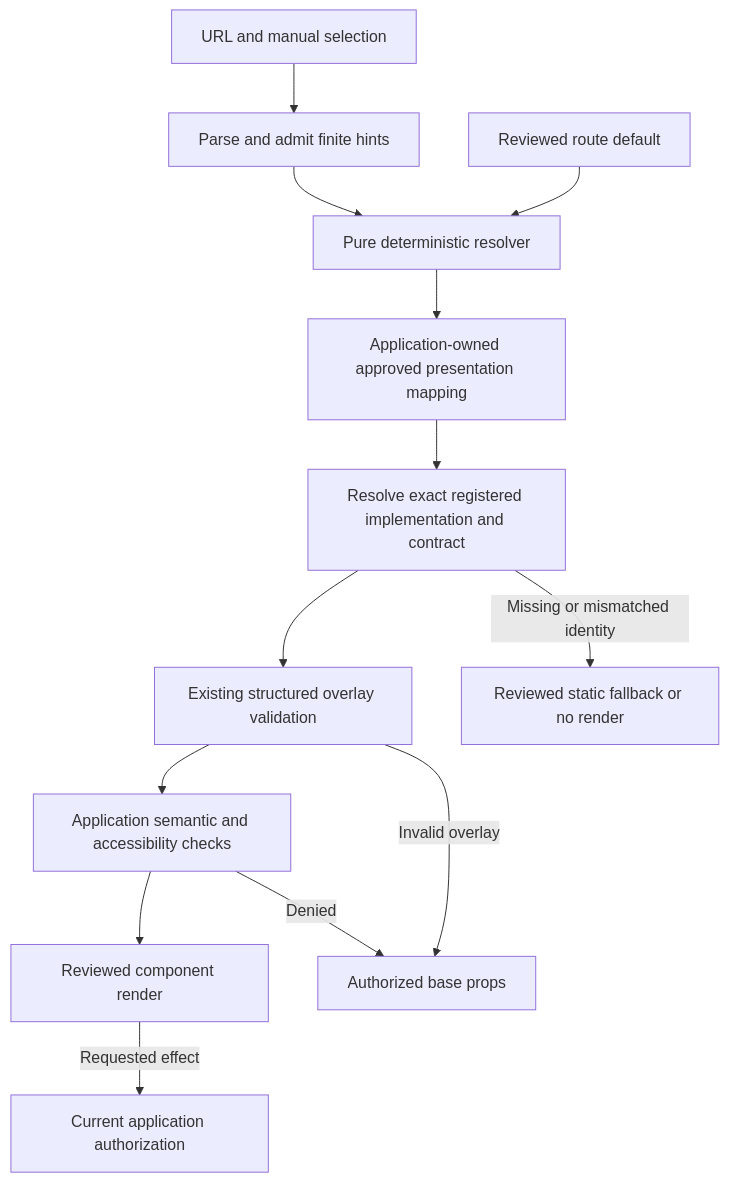
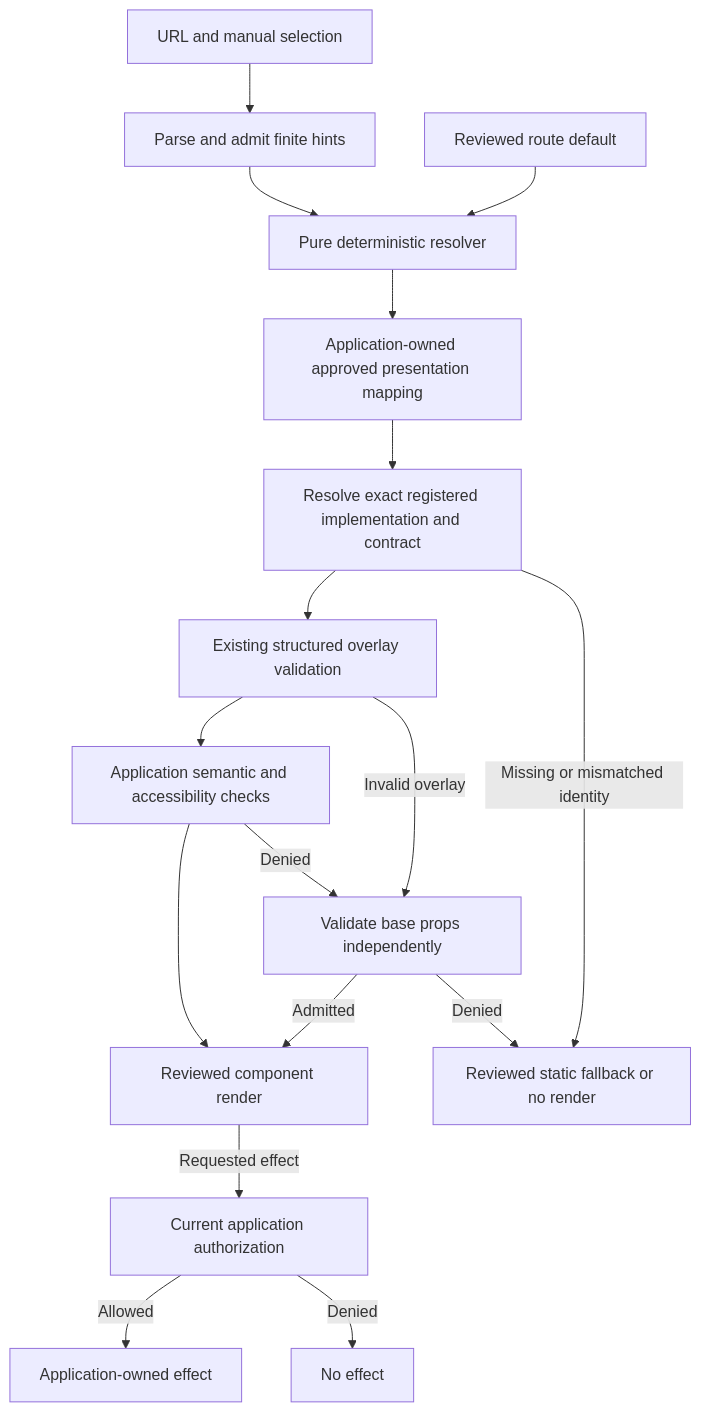
The diagram in docs/components/personalized-components-demo.md (hackelia-micrantha/amaryllis), drawn with Mermaid before and after one commit. The commit also changed other lines of this file, not shown here.

````diff
--- a/docs/components/personalized-components-demo.md
+++ b/docs/components/personalized-components-demo.md
@@ -47,15 +54,19 @@
 ```mermaid
 flowchart TD
   A[URL and manual selection] --> B[Parse and admit finite hints]
   C[Reviewed route default] --> D[Pure deterministic resolver]
   B --> D
   D --> E[Application-owned approved presentation mapping]
   E --> F[Resolve exact registered implementation and contract]
   F --> G[Existing structured overlay validation]
   G --> H[Application semantic and accessibility checks]
   H --> I[Reviewed component render]
-  G -->|Invalid overlay| J[Authorized base props]
+  G -->|Invalid overlay| J[Validate base props independently]
   H -->|Denied| J
+  J -->|Admitted| I
+  J -->|Denied| K
   F -->|Missing or mismatched identity| K[Reviewed static fallback or no render]
   I -->|Requested effect| L[Current application authorization]
+  L -->|Allowed| M[Application-owned effect]
+  L -->|Denied| N[No effect]
 ```
````
